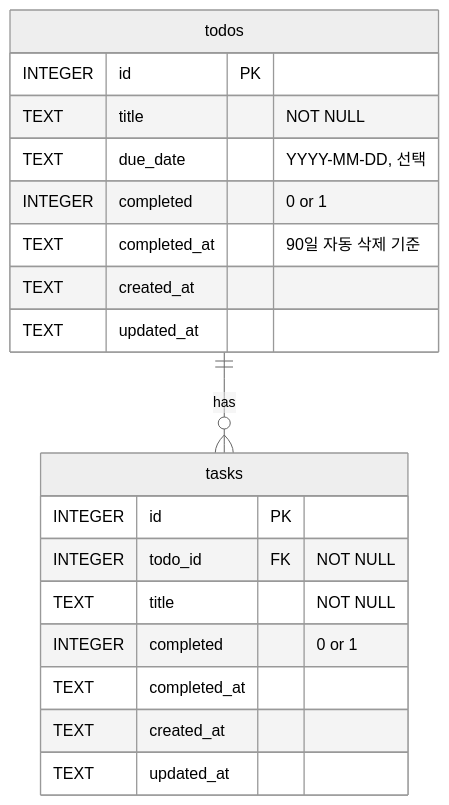
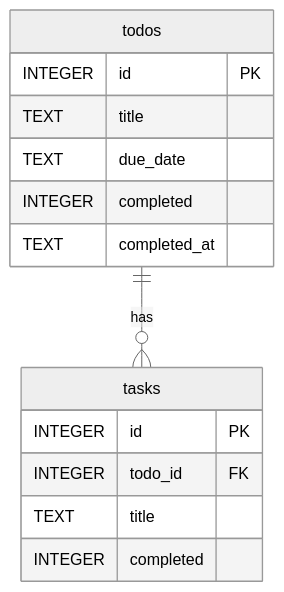
Before and after one commit to eple-lab/task-hive: the diagram in README.md, drawn with Mermaid (neutral theme). The commit also changed other lines of this file and 14 other files, not shown here.

````diff
--- a/README.md
+++ b/README.md
@@ -52,22 +62,17 @@
 ```mermaid
 erDiagram
     todos ||--o{ tasks : "has"
     todos {
         INTEGER id PK
-        TEXT title "NOT NULL"
-        TEXT due_date "YYYY-MM-DD, 선택"
-        INTEGER completed "0 or 1"
-        TEXT completed_at "90일 자동 삭제 기준"
-        TEXT created_at
-        TEXT updated_at
+        TEXT title
+        TEXT due_date
+        INTEGER completed
+        TEXT completed_at
     }
     tasks {
         INTEGER id PK
-        INTEGER todo_id FK "NOT NULL"
-        TEXT title "NOT NULL"
-        INTEGER completed "0 or 1"
-        TEXT completed_at
-        TEXT created_at
-        TEXT updated_at
+        INTEGER todo_id FK
+        TEXT title
+        INTEGER completed
     }
 ```
````
